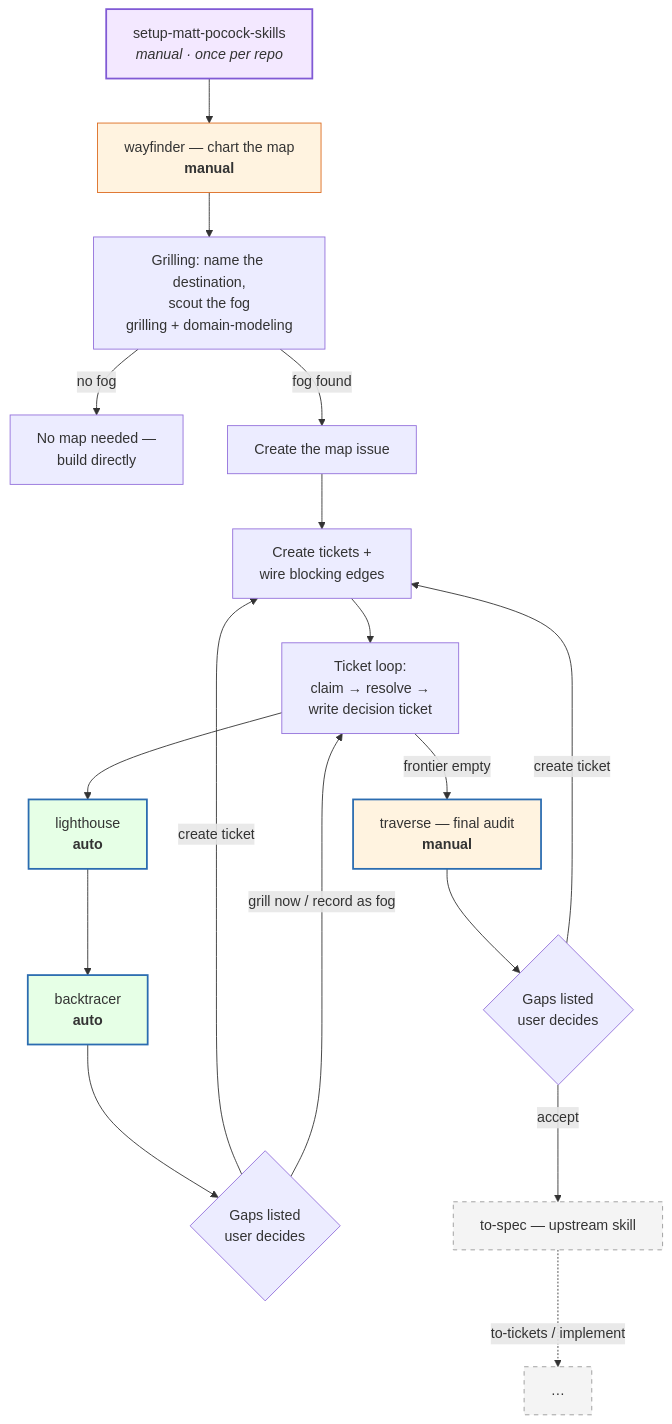
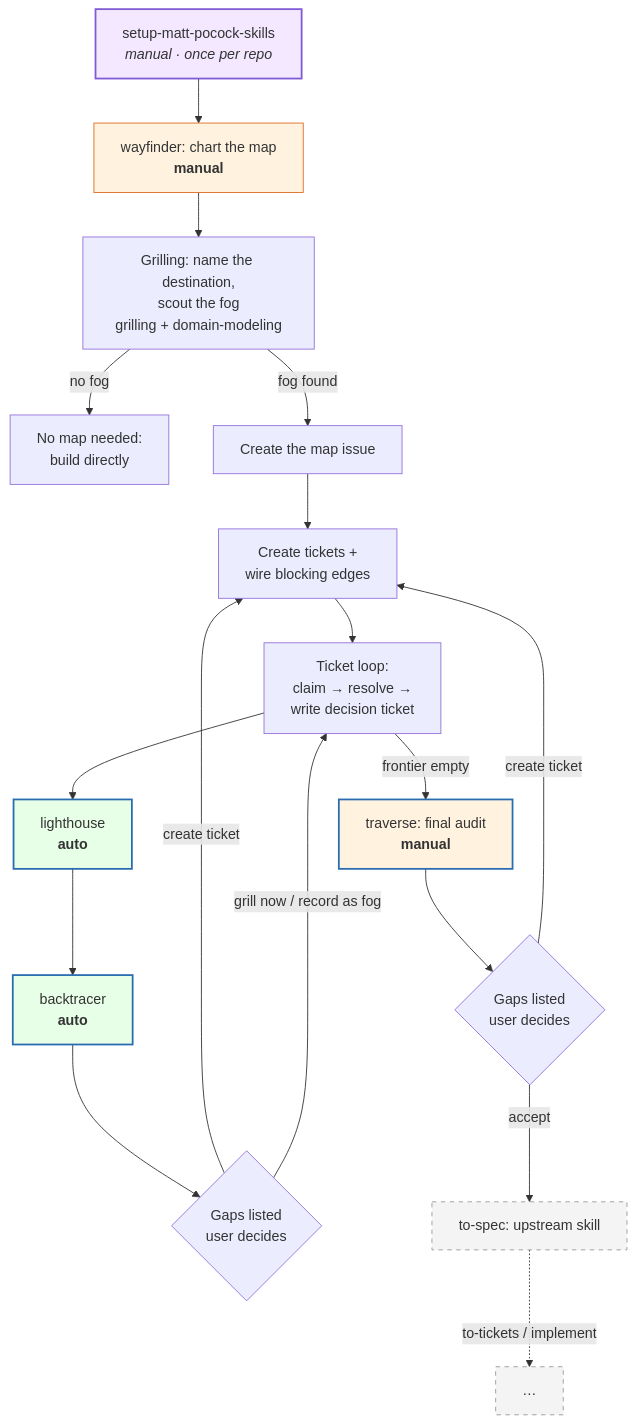
The first of 2 diagrams in README.md (hugosol/oh-my-wayfinder), drawn with Mermaid before and after one commit. The commit also changed other lines of this file and 13 other files, not shown here.

````diff
--- a/README.md
+++ b/README.md
@@ -46,27 +46,27 @@
 ```mermaid
 flowchart TD
-    S["setup-matt-pocock-skills<br/><i>manual · once per repo</i>"] --> W["wayfinder — chart the map<br/><b>manual</b>"]
+    S["setup-matt-pocock-skills<br/><i>manual · once per repo</i>"] --> W["wayfinder: chart the map<br/><b>manual</b>"]
     W --> G["Grilling: name the destination,<br/>scout the fog<br/>grilling + domain-modeling"]
-    G -->|"no fog"| N["No map needed —<br/>build directly"]
+    G -->|"no fog"| N["No map needed:<br/>build directly"]
     G -->|"fog found"| M["Create the map issue"]
     M --> T["Create tickets +<br/>wire blocking edges"]
     T --> L["Ticket loop:<br/>claim → resolve →<br/>write decision ticket"]
     L --> LH["lighthouse<br/><b>auto</b>"]
     LH --> BT["backtracer<br/><b>auto</b>"]
     BT --> CG{"Gaps listed<br/>user decides"}
     CG -->|"create ticket"| T
     CG -->|"grill now / record as fog"| L
-    L -->|"frontier empty"| TR["traverse — final audit<br/><b>manual</b>"]
+    L -->|"frontier empty"| TR["traverse: final audit<br/><b>manual</b>"]
     TR --> CG2{"Gaps listed<br/>user decides"}
     CG2 -->|"create ticket"| T
-    CG2 -->|"accept"| TS["to-spec — upstream skill"]
+    CG2 -->|"accept"| TS["to-spec: upstream skill"]
     TS -.->|"to-tickets / implement"| X["…"]
 
     style LH fill:#e6ffe6,stroke:#2b6cb0,stroke-width:2px
     style BT fill:#e6ffe6,stroke:#2b6cb0,stroke-width:2px
     style TR fill:#fff3e0,stroke:#2b6cb0,stroke-width:2px
     style W fill:#fff3e0,stroke:#dd6b20
     style S fill:#f3e8ff,stroke:#805ad5,stroke-width:2px
     style TS fill:#f4f4f4,stroke:#999,stroke-dasharray:5 5
     style X fill:#f4f4f4,stroke:#999,stroke-dasharray:5 5
 ```
````
